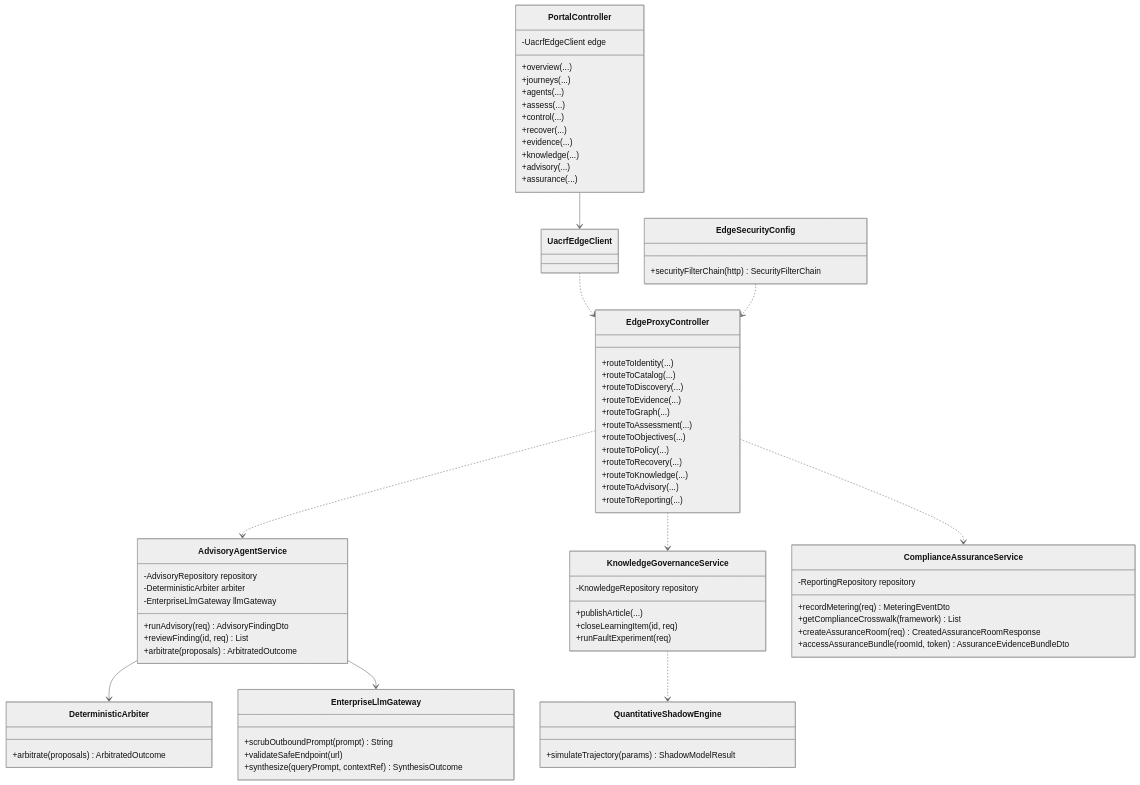
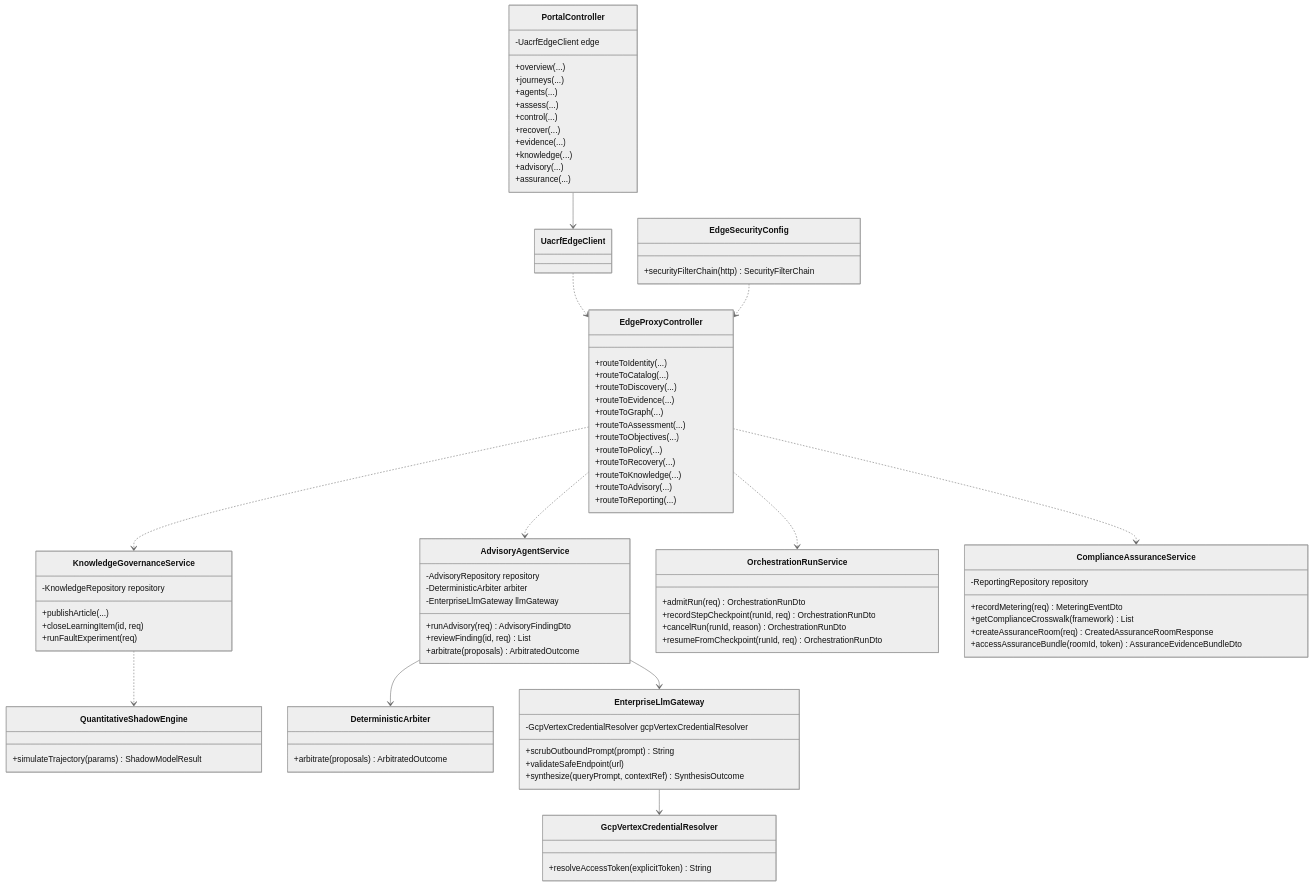
The sixth of 6 diagrams in docs/diagrams/CLASS_DIAGRAMS.md (fenoch4real/uacrf-unified-adaptive-cloud-resilience-framework), drawn with Mermaid (neutral theme) before and after one commit. The commit also changed other lines of this file and 4 other files, not shown here.

Commit message:
docs: align service specs, class diagrams, and README heading casing with current GCP & agent implementation

```diff
--- a/docs/diagrams/CLASS_DIAGRAMS.md
+++ b/docs/diagrams/CLASS_DIAGRAMS.md
@@ -342,9 +382,19 @@
         +arbitrate(proposals) ArbitratedOutcome
     }
     class EnterpriseLlmGateway {
+        -GcpVertexCredentialResolver gcpVertexCredentialResolver
         +scrubOutboundPrompt(prompt) String
         +validateSafeEndpoint(url)
         +synthesize(queryPrompt, contextRef) SynthesisOutcome
+    }
+    class GcpVertexCredentialResolver {
+        +resolveAccessToken(explicitToken) String
+    }
+    class OrchestrationRunService {
+        +admitRun(req) OrchestrationRunDto
+        +recordStepCheckpoint(runId, req) OrchestrationRunDto
+        +cancelRun(runId, reason) OrchestrationRunDto
+        +resumeFromCheckpoint(runId, req) OrchestrationRunDto
     }
     class ComplianceAssuranceService {
         -ReportingRepository repository
@@ -386,6 +436,8 @@
 
     AdvisoryAgentService --> DeterministicArbiter
     AdvisoryAgentService --> EnterpriseLlmGateway
+    EnterpriseLlmGateway --> GcpVertexCredentialResolver
+    EdgeProxyController ..> OrchestrationRunService
     PortalController --> UacrfEdgeClient
     UacrfEdgeClient ..> EdgeProxyController
     EdgeSecurityConfig ..> EdgeProxyController
```
